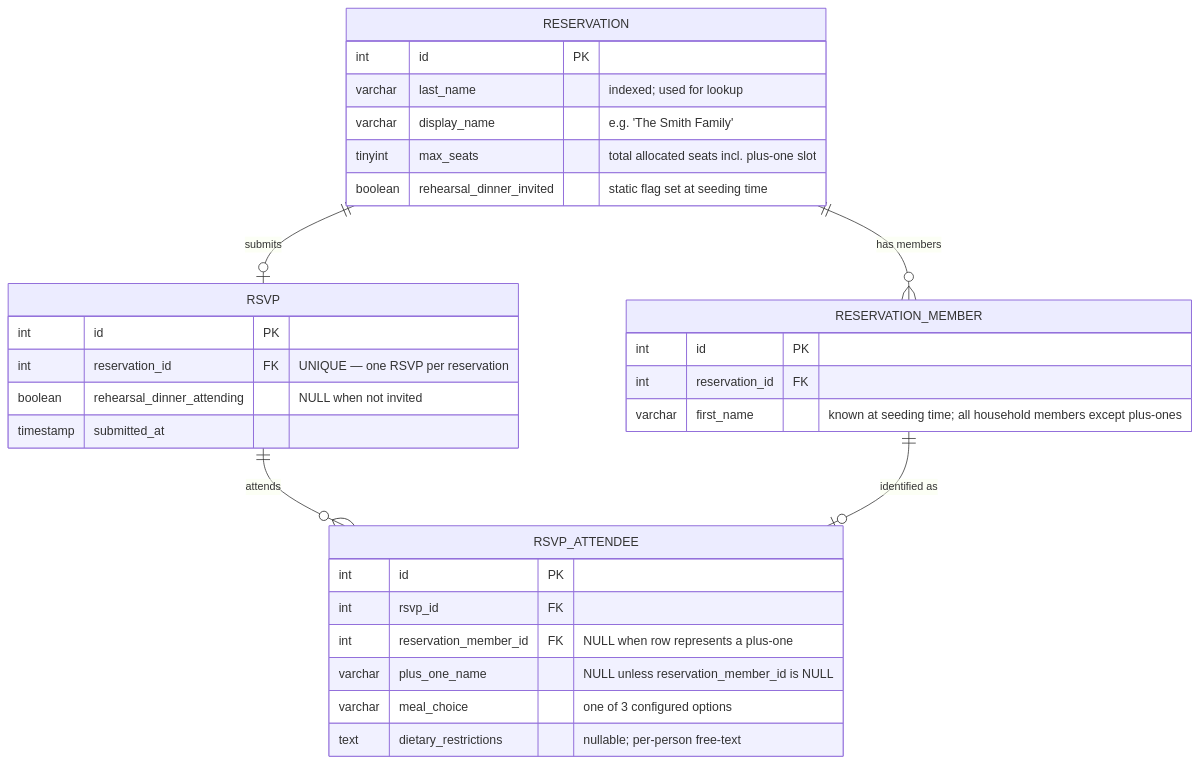
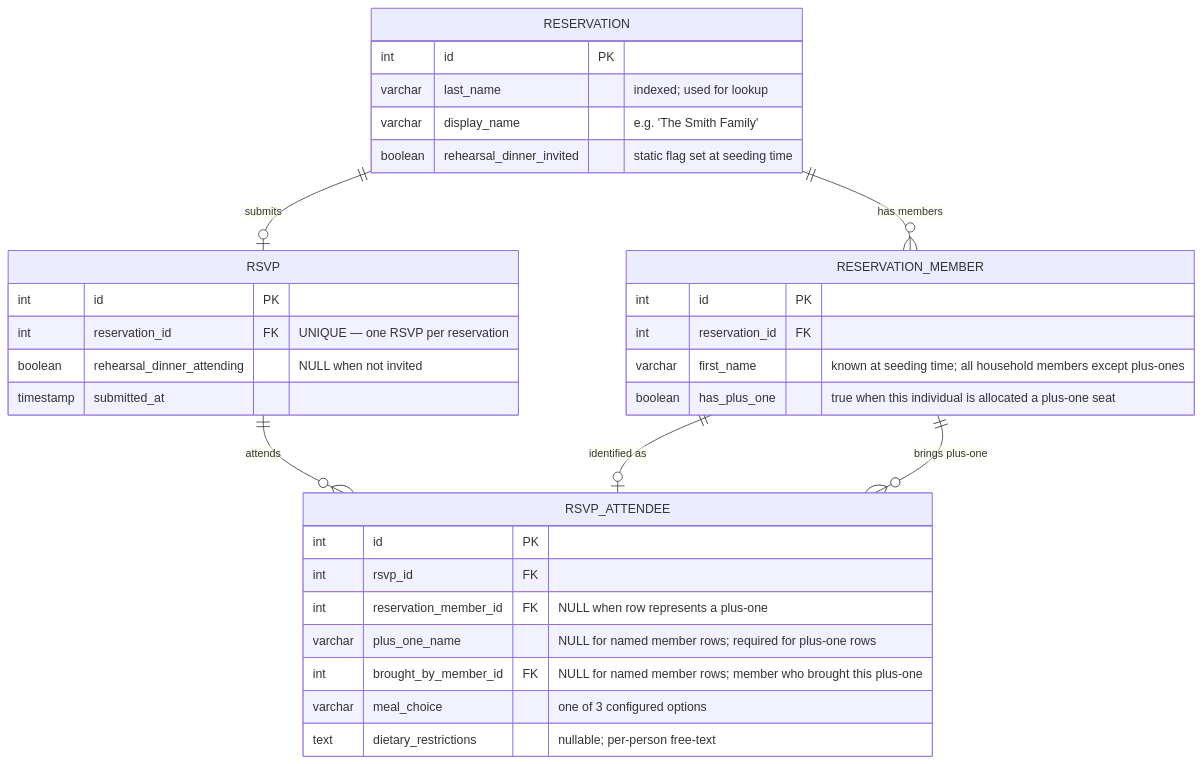
The second of 3 diagrams in docs/RSVP_ARCHITECTURE.md (15ajohnson/collin-alivia-wedding), drawn with Mermaid before and after one commit. The commit also changed other lines of this file, not shown here.

Commit message:
change data model to associate plus-ones with individuals

````diff
--- a/docs/RSVP_ARCHITECTURE.md
+++ b/docs/RSVP_ARCHITECTURE.md
@@ -83,40 +83,42 @@
 ```mermaid
 erDiagram
     accTitle: RSVP Data Model (Revised — Named Attendees)
     accDescr: Entity-relationship diagram for the wedding RSVP feature. RESERVATION and RESERVATION_MEMBER are operator-seeded. RSVP and RSVP_ATTENDEE are guest-submitted.
 
     RESERVATION {
         int     id                        PK
         varchar last_name                 "indexed; used for lookup"
         varchar display_name              "e.g. 'The Smith Family'"
-        tinyint max_seats                 "total allocated seats incl. plus-one slot"
         boolean rehearsal_dinner_invited  "static flag set at seeding time"
     }
 
     RESERVATION_MEMBER {
         int     id             PK
         int     reservation_id FK
         varchar first_name     "known at seeding time; all household members except plus-ones"
+        boolean has_plus_one   "true when this individual is allocated a plus-one seat"
     }
 
     RSVP {
         int       id                          PK
         int       reservation_id              FK  "UNIQUE — one RSVP per reservation"
         boolean   rehearsal_dinner_attending  "NULL when not invited"
         timestamp submitted_at
     }
 
     RSVP_ATTENDEE {
         int     id                     PK
         int     rsvp_id                FK
         int     reservation_member_id  FK  "NULL when row represents a plus-one"
-        varchar plus_one_name          "NULL unless reservation_member_id is NULL"
+        varchar plus_one_name          "NULL for named member rows; required for plus-one rows"
+        int     brought_by_member_id   FK  "NULL for named member rows; member who brought this plus-one"
         varchar meal_choice            "one of 3 configured options"
         text    dietary_restrictions   "nullable; per-person free-text"
     }
 
     RESERVATION        ||--o{ RESERVATION_MEMBER : "has members"
     RESERVATION        ||--o|  RSVP              : "submits"
     RSVP               ||--o{ RSVP_ATTENDEE      : "attends"
     RESERVATION_MEMBER ||--o|  RSVP_ATTENDEE     : "identified as"
+    RESERVATION_MEMBER ||--o{ RSVP_ATTENDEE      : "brings plus-one"
 ```
````
